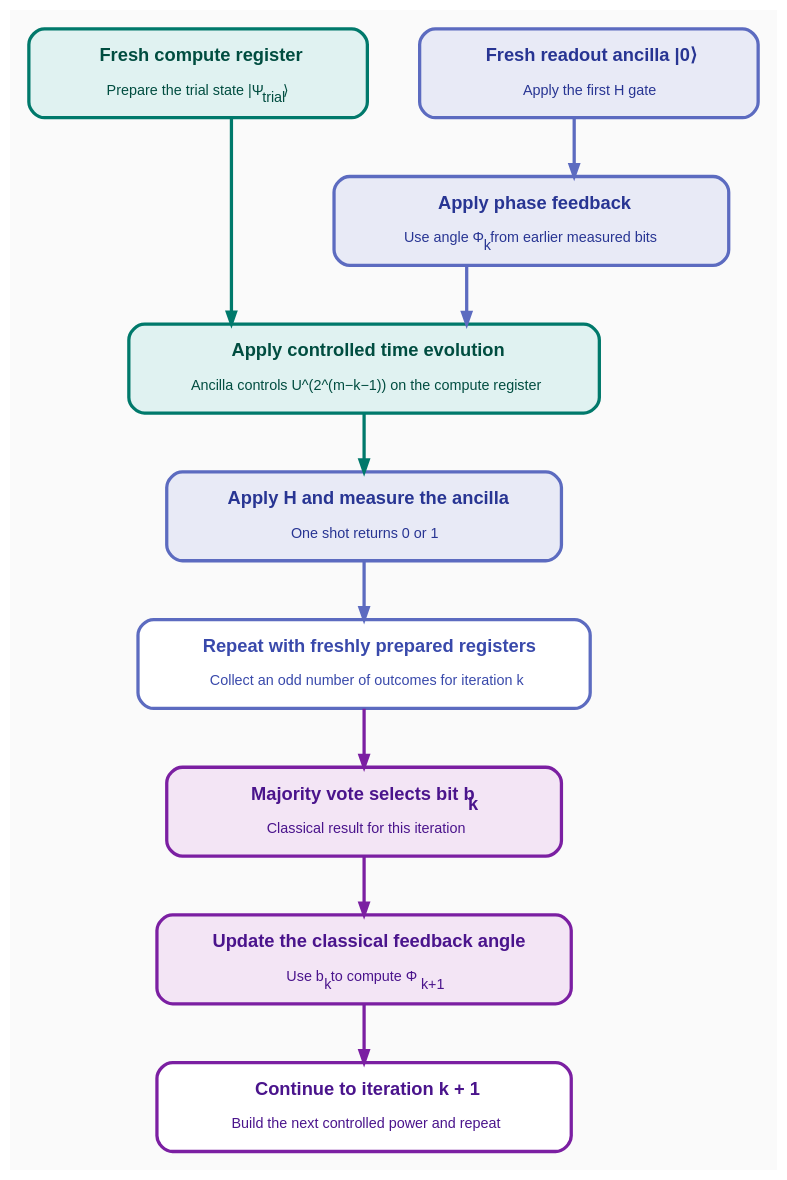
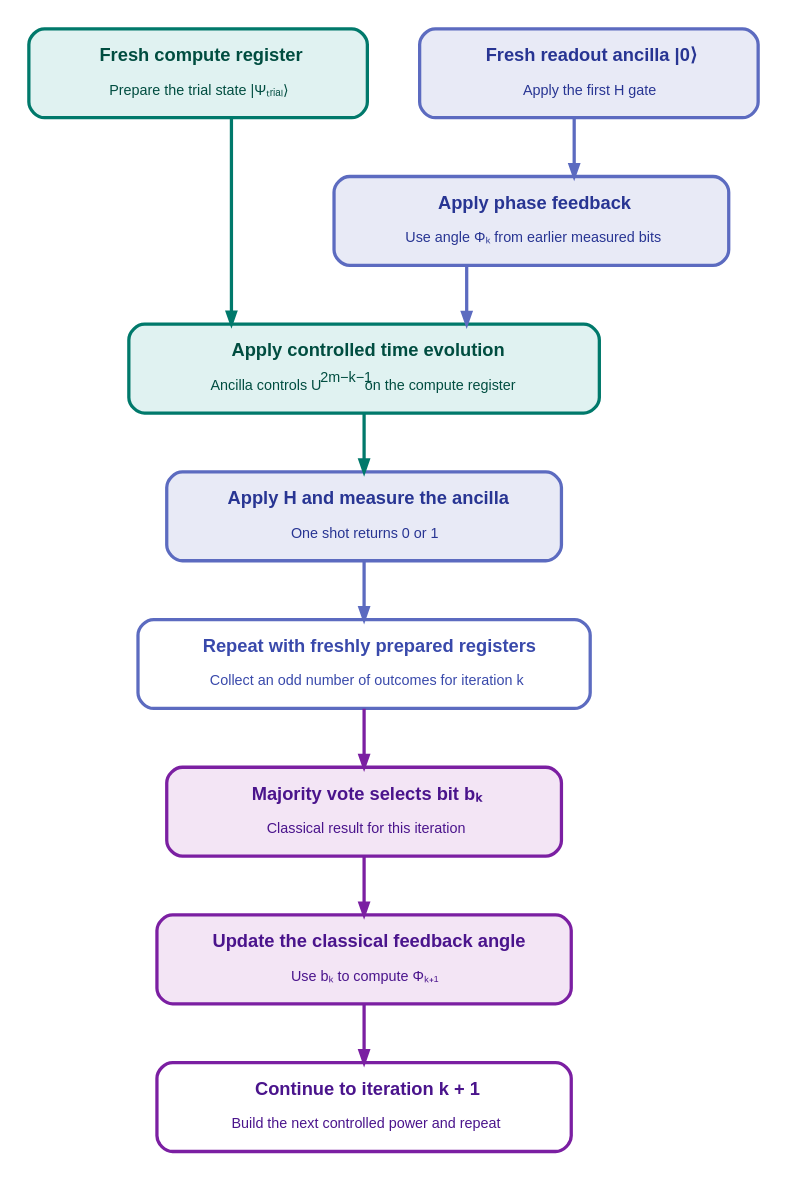
The diagram in docs/_static/diagrams/tutorial_qpe_iqpe_iteration.dot (microsoft/qdk-chemistry), drawn with Graphviz before and after one commit. The commit also changed 594 other files, not shown here.

```diff
--- a/docs/_static/diagrams/tutorial_qpe_iqpe_iteration.dot
+++ b/docs/_static/diagrams/tutorial_qpe_iqpe_iteration.dot
@@ -1,44 +1,44 @@
 digraph TutorialQpeIqpeIteration {
     rankdir=TB;
     ranksep=0.62;
     nodesep=0.55;
     newrank=true;
     overlap=false;
     splines=ortho;
     pad=0.2;
-    bgcolor="#FAFAFA";
+    bgcolor="#FFFFFF";
 
     node [shape=box, style="rounded,filled", fontname="Arial", width=3.6, height=0.95, margin="0.22,0.18"];
     edge [penwidth=2.5, arrowsize=0.9, fontname="Arial"];
 
     subgraph inputs {
         rank=same;
 
-        Compute [label=<<B>Fresh compute register</B><BR/><BR/><FONT POINT-SIZE="11">Prepare the trial state |Ψ<SUB>trial</SUB>⟩</FONT>>, fillcolor="#E0F2F1", color="#00796B", penwidth=2.5, fontcolor="#004D40", group=left];
+        Compute [label=<<B>Fresh compute register</B><BR/><BR/><FONT POINT-SIZE="11">Prepare the trial state |Ψₜᵣᵢₐₗ⟩</FONT>>, fillcolor="#E0F2F1", color="#00796B", penwidth=2.5, fontcolor="#004D40", group=left];
 
         Ancilla [label=<<B>Fresh readout ancilla |0⟩</B><BR/><BR/><FONT POINT-SIZE="11">Apply the first H gate</FONT>>, fillcolor="#E8EAF6", color="#5C6BC0", penwidth=2.5, fontcolor="#283593", group=right];
     }
 
-    Feedback [label=<<B>Apply phase feedback</B><BR/><BR/><FONT POINT-SIZE="11">Use angle Φ<SUB>k</SUB> from earlier measured bits</FONT>>, fillcolor="#E8EAF6", color="#5C6BC0", penwidth=2.5, fontcolor="#283593", width=4.2];
+    Feedback [label=<<B>Apply phase feedback</B><BR/><BR/><FONT POINT-SIZE="11">Use angle Φₖ from earlier measured bits</FONT>>, fillcolor="#E8EAF6", color="#5C6BC0", penwidth=2.5, fontcolor="#283593", width=4.2];
 
-    Evolution [label=<<B>Apply controlled time evolution</B><BR/><BR/><FONT POINT-SIZE="11">Ancilla controls U^(2^(m−k−1)) on the compute register</FONT>>, fillcolor="#E0F2F1", color="#00796B", penwidth=2.5, fontcolor="#004D40", width=5.0];
+    Evolution [label=<<B>Apply controlled time evolution</B><BR/><BR/><FONT POINT-SIZE="11">Ancilla controls U<SUP>2<SUP>m−k−1</SUP></SUP> on the compute register</FONT>>, fillcolor="#E0F2F1", color="#00796B", penwidth=2.5, fontcolor="#004D40", width=5.0];
 
     Measure [label=<<B>Apply H and measure the ancilla</B><BR/><BR/><FONT POINT-SIZE="11">One shot returns 0 or 1</FONT>>, fillcolor="#E8EAF6", color="#5C6BC0", penwidth=2.5, fontcolor="#283593", width=4.2];
 
     Shots [label=<<B>Repeat with freshly prepared registers</B><BR/><BR/><FONT POINT-SIZE="11">Collect an odd number of outcomes for iteration k</FONT>>, fillcolor="#FFFFFF", color="#5C6BC0", penwidth=2.5, fontcolor="#3949AB", width=4.8];
 
-    Majority [label=<<B>Majority vote selects bit b<SUB>k</SUB></B><BR/><BR/><FONT POINT-SIZE="11">Classical result for this iteration</FONT>>, fillcolor="#F3E5F5", color="#7B1FA2", penwidth=2.5, fontcolor="#4A148C", width=4.2];
+    Majority [label=<<B>Majority vote selects bit bₖ</B><BR/><BR/><FONT POINT-SIZE="11">Classical result for this iteration</FONT>>, fillcolor="#F3E5F5", color="#7B1FA2", penwidth=2.5, fontcolor="#4A148C", width=4.2];
 
-    Update [label=<<B>Update the classical feedback angle</B><BR/><BR/><FONT POINT-SIZE="11">Use b<SUB>k</SUB> to compute Φ<SUB>k+1</SUB></FONT>>, fillcolor="#F3E5F5", color="#7B1FA2", penwidth=2.5, fontcolor="#4A148C", width=4.4];
+    Update [label=<<B>Update the classical feedback angle</B><BR/><BR/><FONT POINT-SIZE="11">Use bₖ to compute Φₖ₊₁</FONT>>, fillcolor="#F3E5F5", color="#7B1FA2", penwidth=2.5, fontcolor="#4A148C", width=4.4];
 
     Next [label=<<B>Continue to iteration k + 1</B><BR/><BR/><FONT POINT-SIZE="11">Build the next controlled power and repeat</FONT>>, fillcolor="#FFFFFF", color="#7B1FA2", penwidth=2.5, fontcolor="#4A148C", width=4.4];
 
     Ancilla -> Feedback [color="#5C6BC0"];
     Compute -> Evolution [color="#00796B"];
     Feedback -> Evolution [color="#5C6BC0"];
     Evolution -> Measure [color="#00796B"];
     Measure -> Shots [color="#5C6BC0"];
     Shots -> Majority [color="#7B1FA2"];
     Majority -> Update [color="#7B1FA2"];
     Update -> Next [color="#7B1FA2"];
 }
```
